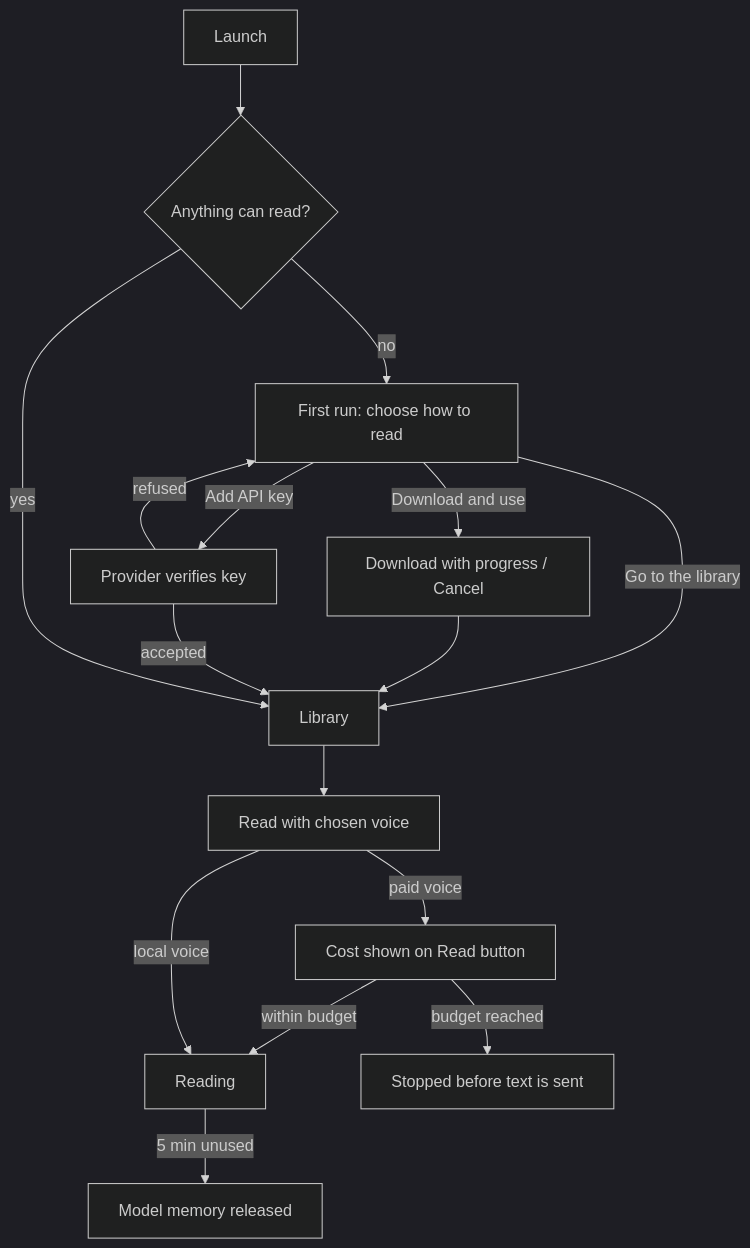
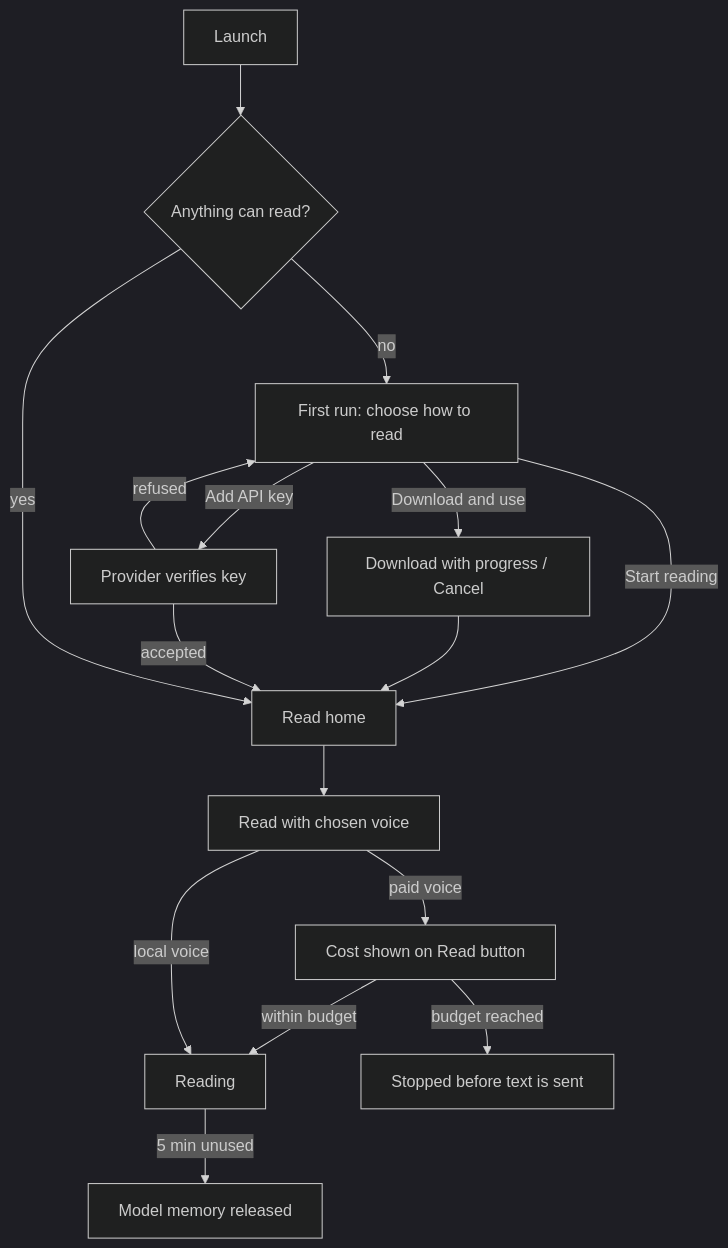
One commit to wblekhoa/readease changed the diagram in docs/product/ux/voices.md. Above: the diagram before and after it, drawn with Mermaid (dark theme). The commit also changed other lines of this file and 42 other files, not shown here.

First line of the commit message:
Read home, background updater, and chapter scope carried to the engine

````diff
--- a/docs/product/ux/voices.md
+++ b/docs/product/ux/voices.md
@@ -63,18 +63,18 @@
 ```mermaid
 flowchart TD
   A[Launch] --> B{Anything can read?}
   B -->|no| C[First run: choose how to read]
   C -->|Download and use| D[Download with progress / Cancel]
   C -->|Add API key| K[Provider verifies key]
-  C -->|Go to the library| L[Library]
+  C -->|Start reading| L[Read home]
   D --> L
   K -->|accepted| L
   K -->|refused| C
   B -->|yes| L
   L --> R[Read with chosen voice]
   R -->|paid voice| P[Cost shown on Read button]
   P -->|within budget| R2[Reading]
   P -->|budget reached| X[Stopped before text is sent]
   R -->|local voice| R2
   R2 -->|5 min unused| M[Model memory released]
 ```
````
